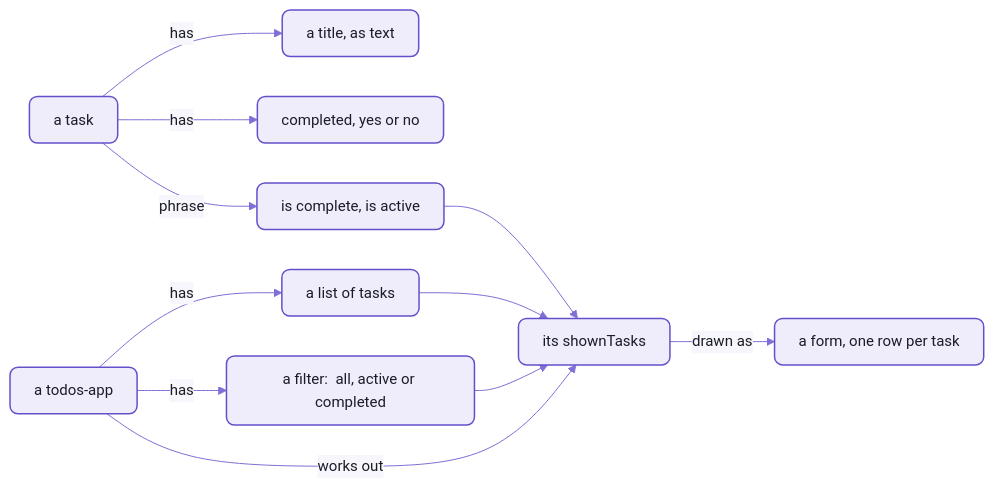
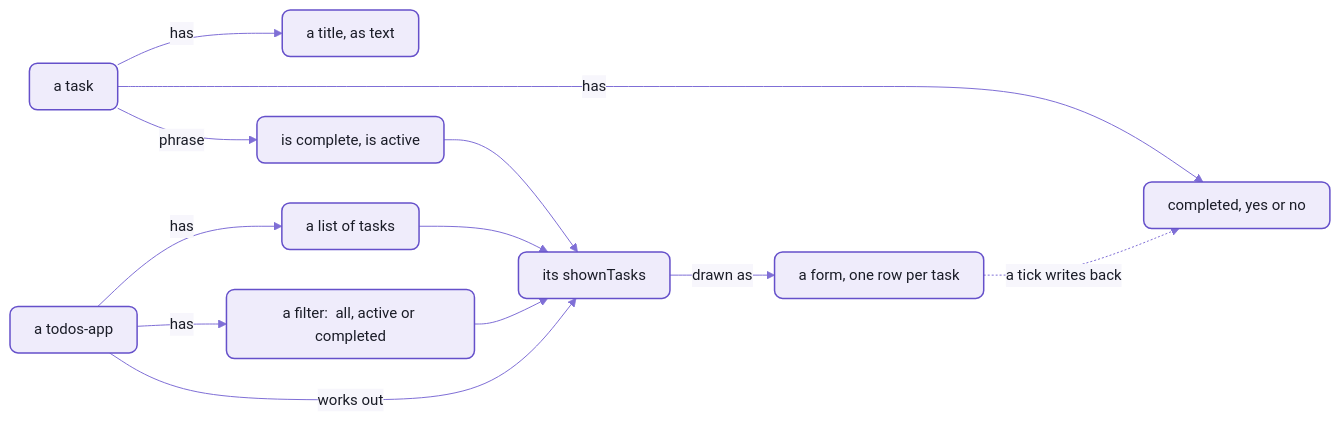
One commit to spell-app/spell changed the first of 2 diagrams in app/README-examples.md. Above: the diagram before and after it, drawn with Mermaid. The commit also changed other lines of this file and 8 other files, not shown here.

````diff
--- a/app/README-examples.md
+++ b/app/README-examples.md
@@ -151,16 +368,17 @@
 ```mermaid
 %%{init: {"theme":"base","themeVariables":{"fontFamily":"-apple-system, BlinkMacSystemFont, Segoe UI, Helvetica, Arial, sans-serif","fontSize":"15px","primaryColor":"#EFECFB","primaryBorderColor":"#6550CA","primaryTextColor":"#1A1C27","secondaryColor":"#F4F1E9","tertiaryColor":"#F7F6FC","lineColor":"#7F6FD6","textColor":"#7F6FD6","clusterBkg":"#F7F6FC","clusterBorder":"#B9B0E8","titleColor":"#1A1C27","edgeLabelBackground":"#F7F6FC","actorBkg":"#EFECFB","actorBorder":"#6550CA","actorTextColor":"#1A1C27","actorLineColor":"#9C90DE","signalColor":"#7F6FD6","signalTextColor":"#7F6FD6","labelBoxBkgColor":"#EFECFB","labelBoxBorderColor":"#6550CA","labelTextColor":"#1A1C27","loopTextColor":"#7F6FD6","noteBkgColor":"#F1E7D4","noteBorderColor":"#C9B48A","noteTextColor":"#1A1C27","activationBkgColor":"#DCD6F7","activationBorderColor":"#6550CA","sequenceNumberColor":"#FFFFFF"},"flowchart":{"curve":"basis","padding":12,"nodeSpacing":40,"rankSpacing":44}}}%%
 flowchart LR
   task["a task"] -->|has| title["a title, as text"]
   task -->|has| completed["completed, yes or no"]
   task -->|phrase| isComplete["is complete, is active"]
   app["a todos-app"] -->|has| tasks["a list of tasks"]
   app -->|has| filter["a filter:  all, active or completed"]
   app -->|works out| shown["its shownTasks"]
   tasks --> shown
   filter --> shown
   isComplete --> shown
   shown -->|drawn as| form["a form, one row per task"]
+  form -.->|a tick writes back| completed
   %% the Spell look:  yarn mermaid:pretty
   classDef default fill:#EFECFB,stroke:#6550CA,stroke-width:1.5px,color:#1A1C27,rx:8px,ry:8px
 ```
````
